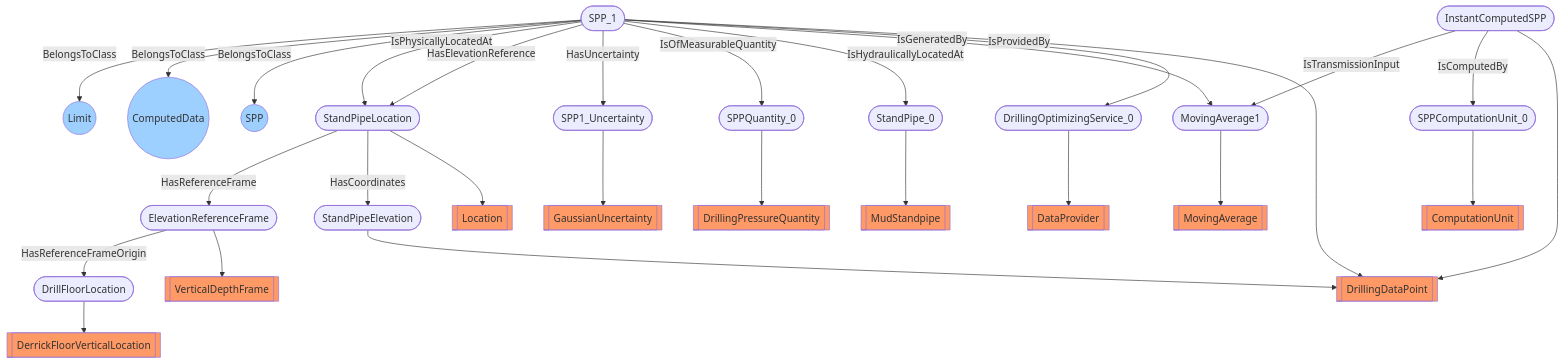
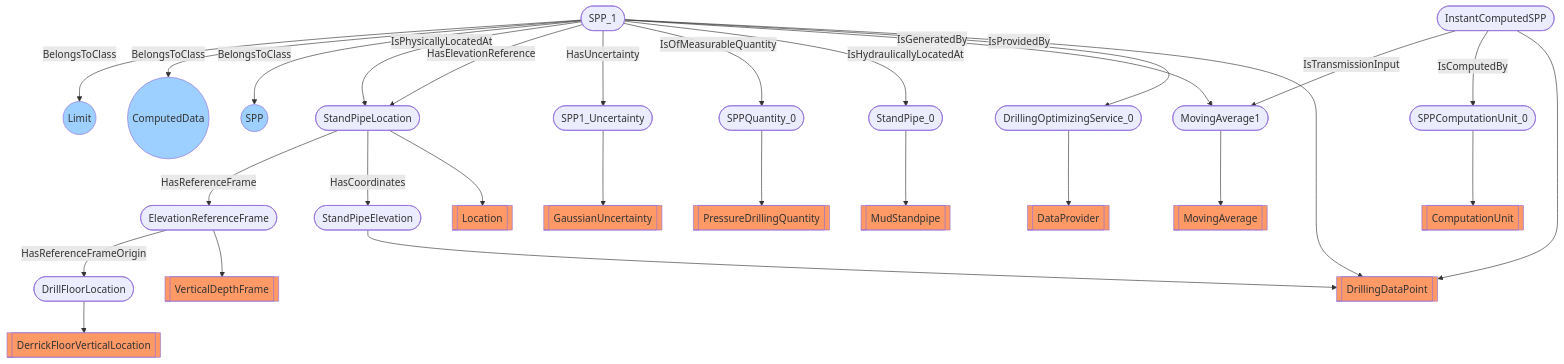
Before and after one commit to D-WIS/DDHub-Semantic-Interoperability: the diagram in docs/vocabulary_development/auto-generated/md/examples/DWIS-SPP1.md, drawn with Mermaid. The commit also changed other lines of this file and 44 other files, not shown here.

````diff
--- a/docs/vocabulary_development/auto-generated/md/examples/DWIS-SPP1.md
+++ b/docs/vocabulary_development/auto-generated/md/examples/DWIS-SPP1.md
@@ -29,32 +29,32 @@
 ```mermaid
 flowchart TD
 	 classDef typeClass fill:#f96;
 	 classDef classClass fill:#9dd0ff;
 	StandPipe_0([StandPipe_0]) --> MudStandpipe[[MudStandpipe]]:::typeClass
-	SPPQuantity_0([SPPQuantity_0]) --> DrillingPressureQuantity[[DrillingPressureQuantity]]:::typeClass
+	SPPQuantity_0([SPPQuantity_0]) --> PressureDrillingQuantity[[PressureDrillingQuantity]]:::typeClass
 	StandPipeLocation([StandPipeLocation]) --> Location[[Location]]:::typeClass
 	DrillFloorLocation([DrillFloorLocation]) --> DerrickFloorVerticalLocation[[DerrickFloorVerticalLocation]]:::typeClass
 	StandPipeElevation([StandPipeElevation]) --> DrillingDataPoint[[DrillingDataPoint]]:::typeClass
 	ElevationReferenceFrame([ElevationReferenceFrame]) --> VerticalDepthFrame[[VerticalDepthFrame]]:::typeClass
 	SPP_1([SPP_1]) --> DrillingDataPoint[[DrillingDataPoint]]:::typeClass
 	DrillingOptimizingService_0([DrillingOptimizingService_0]) --> DataProvider[[DataProvider]]:::typeClass
 	MovingAverage1([MovingAverage1]) --> MovingAverage[[MovingAverage]]:::typeClass
 	SPP1_Uncertainty([SPP1_Uncertainty]) --> GaussianUncertainty[[GaussianUncertainty]]:::typeClass
 	SPPComputationUnit_0([SPPComputationUnit_0]) --> ComputationUnit[[ComputationUnit]]:::typeClass
 	InstantComputedSPP([InstantComputedSPP]) --> DrillingDataPoint[[DrillingDataPoint]]:::typeClass
 	 StandPipeLocation -- HasCoordinates --> StandPipeElevation 
 	 StandPipeLocation -- HasReferenceFrame --> ElevationReferenceFrame 
 	 ElevationReferenceFrame -- HasReferenceFrameOrigin --> DrillFloorLocation 
 	 SPP_1 -- IsProvidedBy --> DrillingOptimizingService_0 
 	 SPP_1 -- IsGeneratedBy --> MovingAverage1 
 	 SPP_1 -- IsHydraulicallyLocatedAt --> StandPipe_0 
 	 SPP_1 -- IsOfMeasurableQuantity --> SPPQuantity_0 
 	 SPP_1 -- HasUncertainty --> SPP1_Uncertainty 
 	 SPP_1 -- HasElevationReference --> StandPipeLocation 
 	 SPP_1 -- IsPhysicallyLocatedAt --> StandPipeLocation 
 	 InstantComputedSPP -- IsComputedBy --> SPPComputationUnit_0 
 	 InstantComputedSPP -- IsTransmissionInput --> MovingAverage1 
 	 SPP_1 -- BelongsToClass --> SPP((SPP)):::classClass
 	 SPP_1 -- BelongsToClass --> ComputedData((ComputedData)):::classClass
 	 SPP_1 -- BelongsToClass --> Limit((Limit)):::classClass
 ```
````
